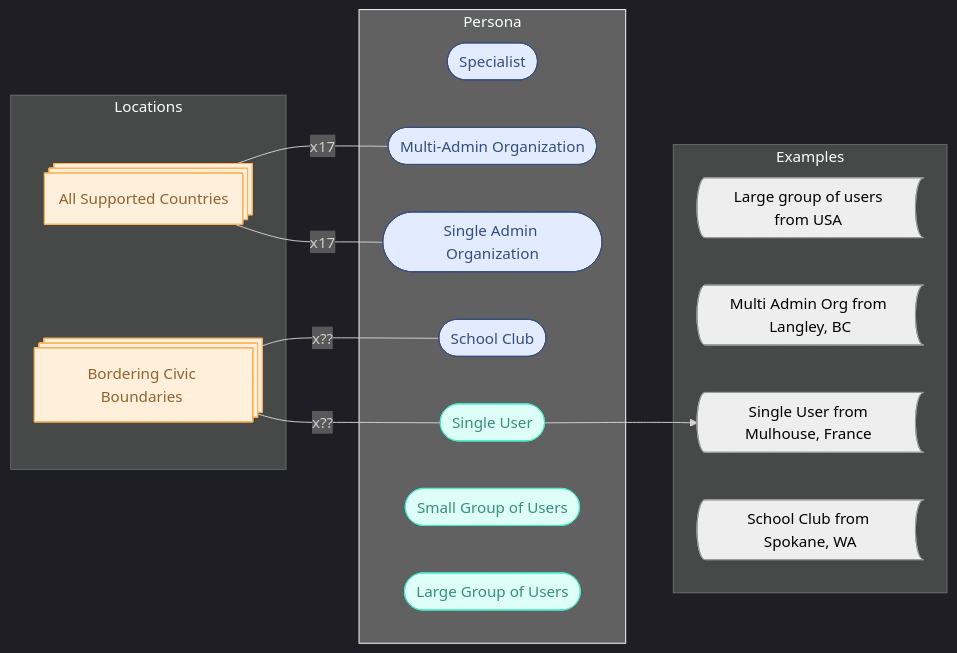
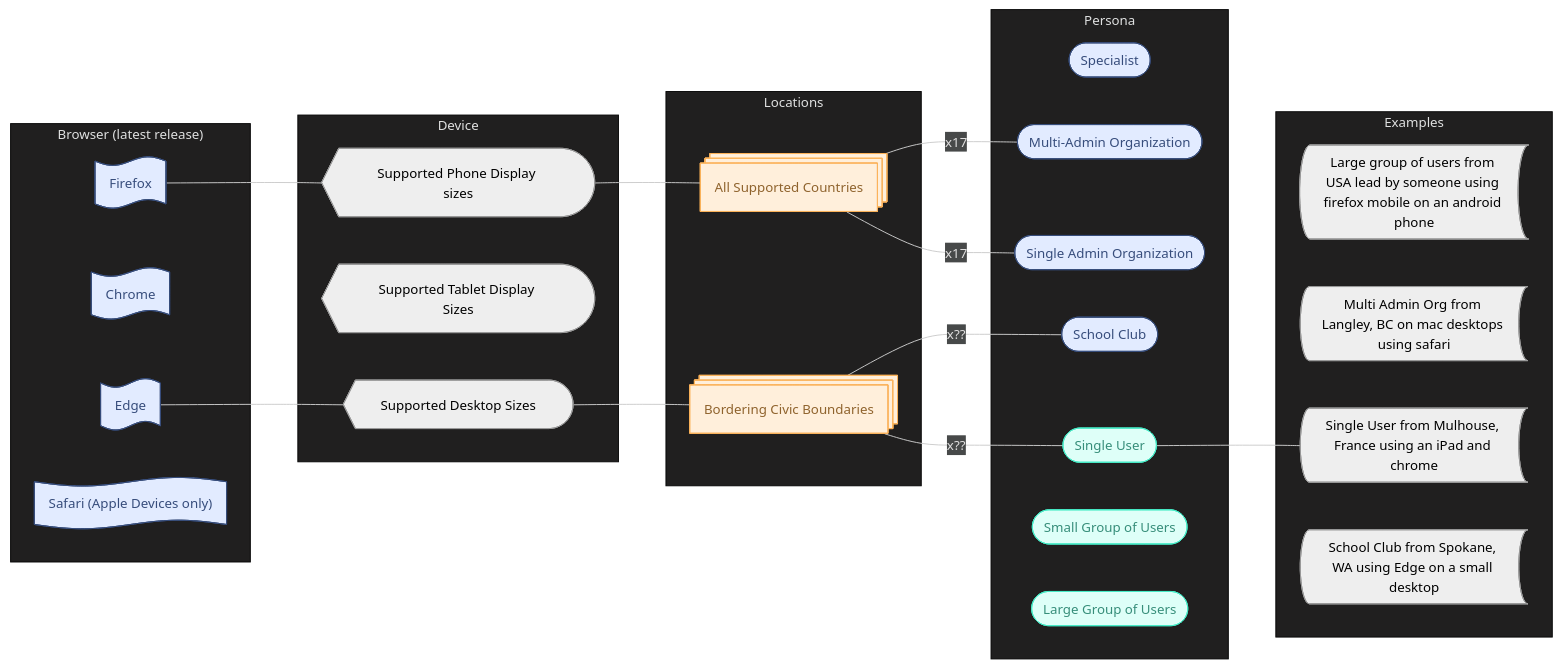
The diagram in src/docs/en/persona-matrix.md (JustServe-Resources/Documentation), drawn with Mermaid before and after one commit. The commit also changed other lines of this file, not shown here.

Commit message:
Add device and browser to persona matrix

````diff
--- a/src/docs/en/persona-matrix.md
+++ b/src/docs/en/persona-matrix.md
@@ -4,7 +4,7 @@
 ```mermaid
 ---
 config:
-  theme: dark
+  theme: neo-dark
 ---
 flowchart LR
  subgraph s2["Locations"]
@@ -21,20 +21,42 @@
         n7(["Large Group of Users"])
   end
  subgraph s3["Examples"]
-        n11["Large group of users from USA <br>"]
-        n10["Multi Admin Org from Langley, BC"]
-        n12["Single User from Mulhouse, France <br>"]
-        n13["School Club from Spokane, WA"]
+        n11["Large group of users from USA lead by someone using firefox mobile on an android phone"]
+        n10["Multi Admin Org from Langley, BC on mac desktops using safari"]
+        n12["Single User from Mulhouse, France using an iPad and chrome"]
+        n13["School Club from Spokane, WA using Edge on a small desktop"]
+  end
+ subgraph s4["Device"]
+        n15["Supported Phone Display sizes"]
+        n19["Supported Tablet Display Sizes"]
+        n20["Supported Desktop Sizes"]
+  end
+ subgraph s5["Browser (latest release)"]
+        n21["Firefox"]
+        n22["Chrome"]
+        n23["Edge"]
+        n24["Safari (Apple Devices only)"]
   end
     n8 -- x17 --- n2 & n3
     n9 -- x?? --- n4 & n5
-    n5 --> n12
+    n5 --- n12
+    n15 --- n8
+    n21 --- n15
+    n23 --- n20
+    n20 --- n9
     n8@{ shape: procs}
     n9@{ shape: procs}
     n11@{ shape: stored-data}
     n10@{ shape: stored-data}
     n12@{ shape: stored-data}
     n13@{ shape: stored-data}
+    n15@{ shape: display}
+    n19@{ shape: display}
+    n20@{ shape: display}
+    n21@{ shape: paper-tape}
+    n22@{ shape: paper-tape}
+    n23@{ shape: paper-tape}
+    n24@{ shape: paper-tape}
      n8:::Rose
      n8:::Peach
      n9:::Peach
@@ -50,11 +72,16 @@
      n10:::Ash
      n12:::Ash
      n13:::Ash
+     n15:::Ash
+     n19:::Ash
+     n20:::Ash
+     n21:::Sky
+     n22:::Sky
+     n23:::Sky
+     n24:::Sky
+    classDef Rose stroke-width:1px, stroke-dasharray:none, stroke:#FF5978, fill:#FFDFE5, color:#8E2236
+    classDef Aqua stroke-width:1px, stroke-dasharray:none, stroke:#46EDC8, fill:#DEFFF8, color:#378E7A
+    classDef Peach stroke-width:1px, stroke-dasharray:none, stroke:#FBB35A, fill:#FFEFDB, color:#8F632D
+    classDef Ash stroke-width:1px, stroke-dasharray:none, stroke:#999999, fill:#EEEEEE, color:#000000
     classDef Sky stroke-width:1px, stroke-dasharray:none, stroke:#374D7C, fill:#E2EBFF, color:#374D7C
-    classDef Rose stroke-width:1px, stroke-dasharray:none, stroke:#FF5978, fill:#FFDFE5, color:#8E2236
-    classDef Peach stroke-width:1px, stroke-dasharray:none, stroke:#FBB35A, fill:#FFEFDB, color:#8F632D
-    classDef Aqua stroke-width:1px, stroke-dasharray:none, stroke:#46EDC8, fill:#DEFFF8, color:#378E7A
-    classDef Ash stroke-width:1px, stroke-dasharray:none, stroke:#999999, fill:#EEEEEE, color:#000000
-    style s1 stroke:#FFFFFF,fill:#616161,color:none
-
 ```
````
